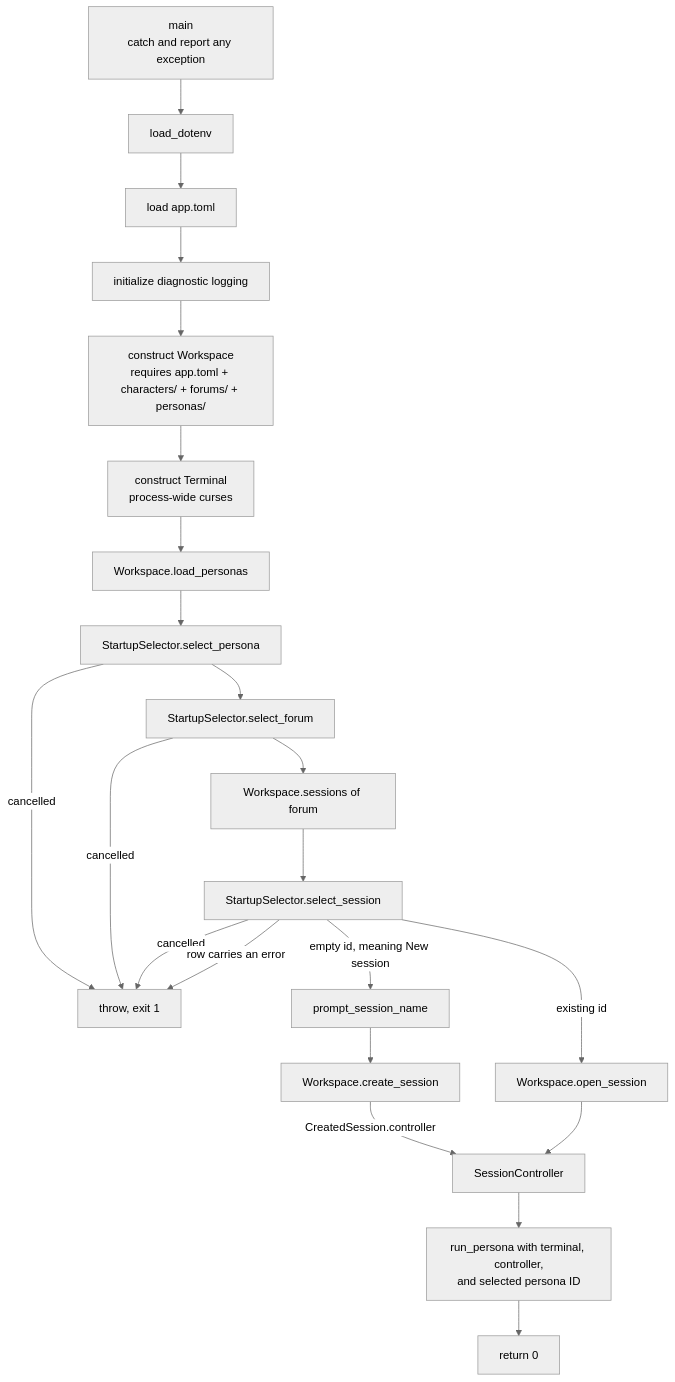
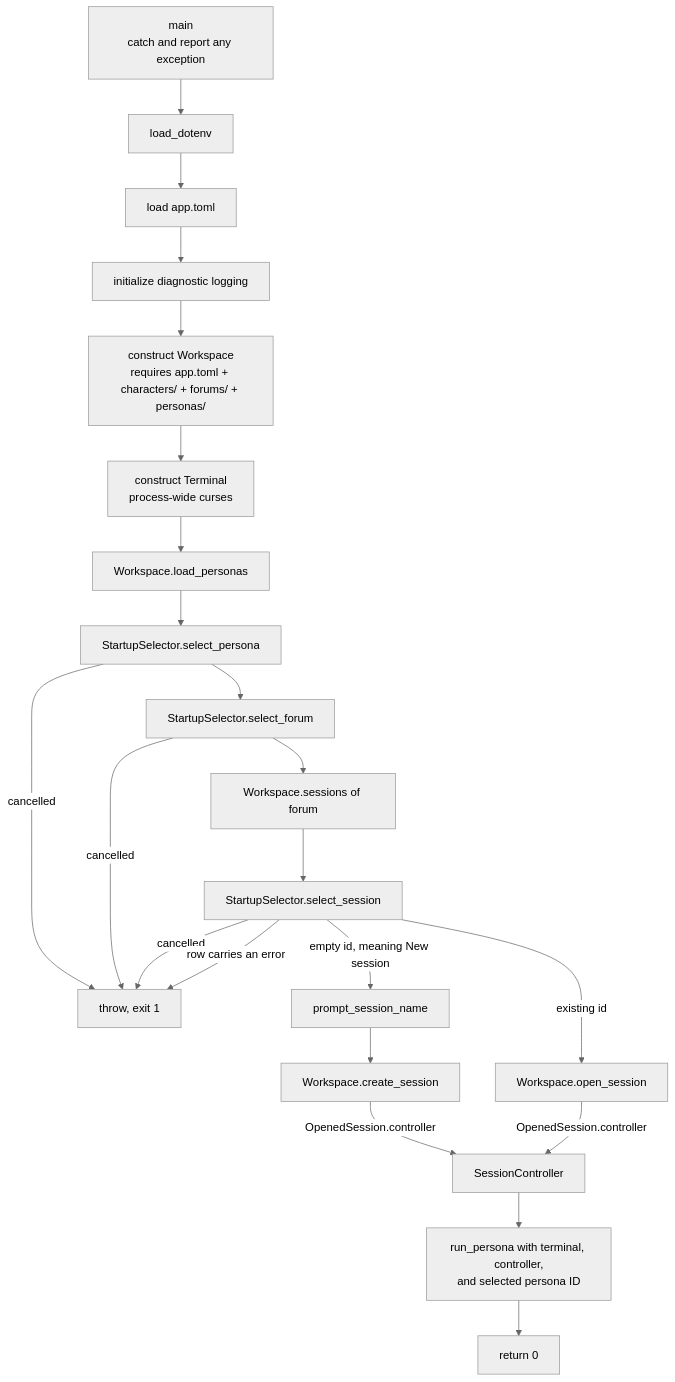
One commit to michaelpopov/cha changed the diagram in src/apps/README.md. Above: the diagram before and after it, drawn with Mermaid (neutral theme). The commit also changed other lines of this file and 9 other files, not shown here.

````diff
--- a/src/apps/README.md
+++ b/src/apps/README.md
@@ -17,24 +18,24 @@
 ```mermaid
 flowchart TD
     a["main<br/>catch and report any exception"] --> b["load_dotenv"]
     b --> config["load app.toml"]
     config --> log["initialize diagnostic logging"]
     log --> c["construct Workspace<br/>requires app.toml + characters/ + forums/ + personas/"]
     c --> d["construct Terminal<br/>process-wide curses"]
     d --> personas["Workspace.load_personas"]
     personas --> e["StartupSelector.select_persona"]
     e -->|"cancelled"| x["throw, exit 1"]
     e --> forum["StartupSelector.select_forum"]
     forum -->|"cancelled"| x
     forum --> f["Workspace.sessions of forum"]
     f --> g["StartupSelector.select_session"]
     g -->|"cancelled"| x
     g -->|"row carries an error"| x
     g -->|"empty id, meaning New session"| h["prompt_session_name"]
     h --> i["Workspace.create_session"]
     g -->|"existing id"| j["Workspace.open_session"]
-    i -->|"CreatedSession.controller"| k["SessionController"]
-    j --> k
+    i -->|"OpenedSession.controller"| k["SessionController"]
+    j -->|"OpenedSession.controller"| k
     k --> l["run_persona with terminal, controller,<br/>and selected persona ID"]
     l --> m["return 0"]
 ```
````
